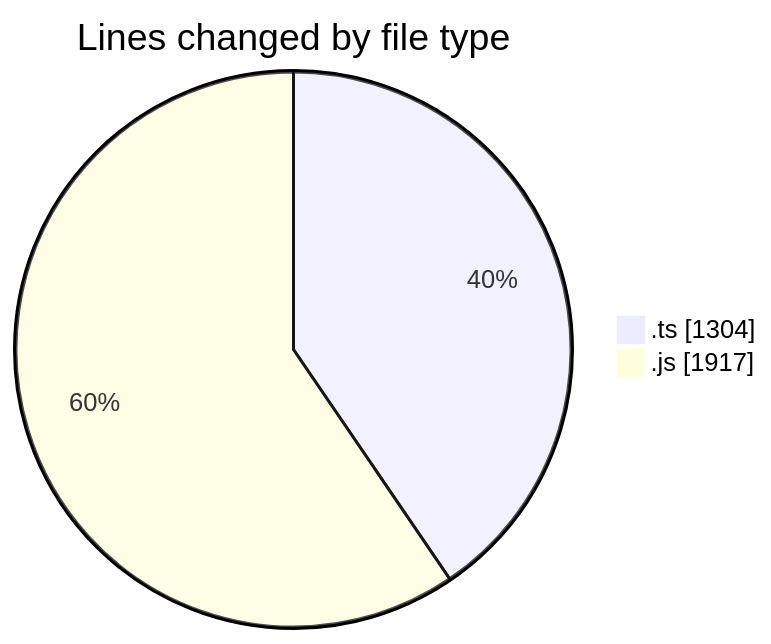
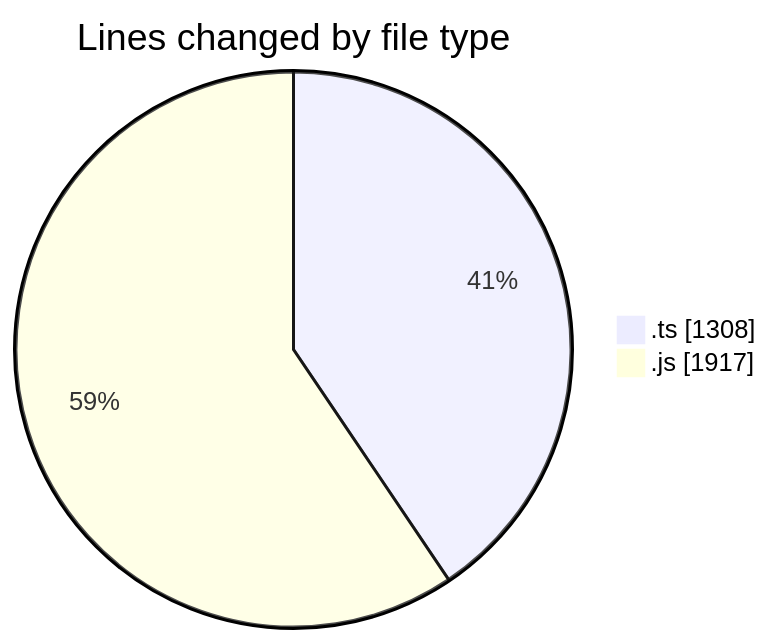
Before and after one commit to momahboobian/code-tracking: the first of 2 diagrams in 2025-07-29/cda/README.md, drawn with Mermaid. The commit also changed other lines of this file and 1 other file, not shown here.

````diff
--- a/2025-07-29/cda/README.md
+++ b/2025-07-29/cda/README.md
@@ -23,6 +23,6 @@
 ```mermaid
 pie showData
 title Lines changed by file type
-".ts" : 1304
+".ts" : 1308
 ".js" : 1917
 ```
````
